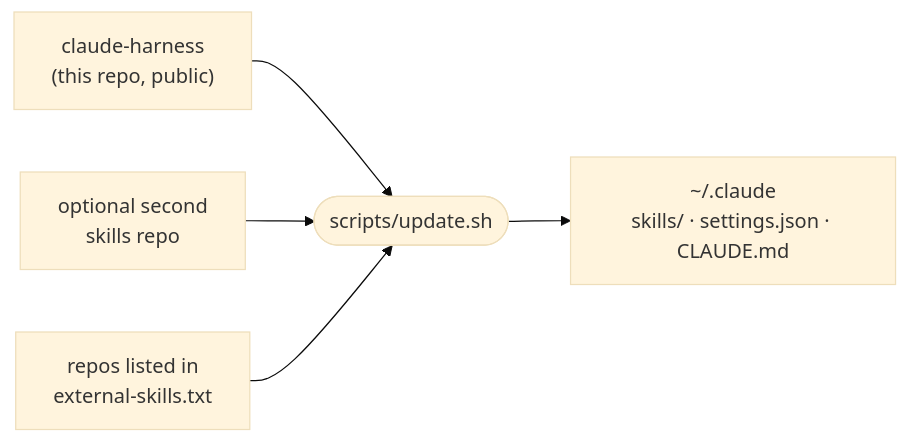
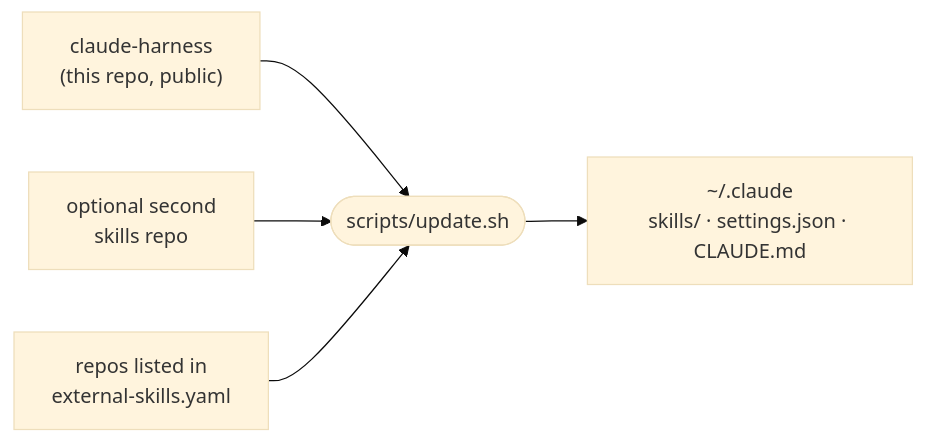
Before and after one commit to araltiparmak/claude-harness: the diagram in README.md, drawn with Mermaid (base theme). The commit also changed other lines of this file and 7 other files, not shown here.

First line of the commit message:
external skills: YAML file with full repo URLs

````diff
--- a/README.md
+++ b/README.md
@@ -9,12 +9,12 @@
 ```mermaid
 flowchart LR
   H["claude-harness<br/>(this repo, public)"]
   P["optional second<br/>skills repo"]
-  S["repos listed in<br/>external-skills.txt"]
+  S["repos listed in<br/>external-skills.yaml"]
   U(["scripts/update.sh"])
   C["~/.claude<br/>skills/ · settings.json · CLAUDE.md"]
   H --> U
   P --> U
   S --> U
   U --> C
 ```
````
